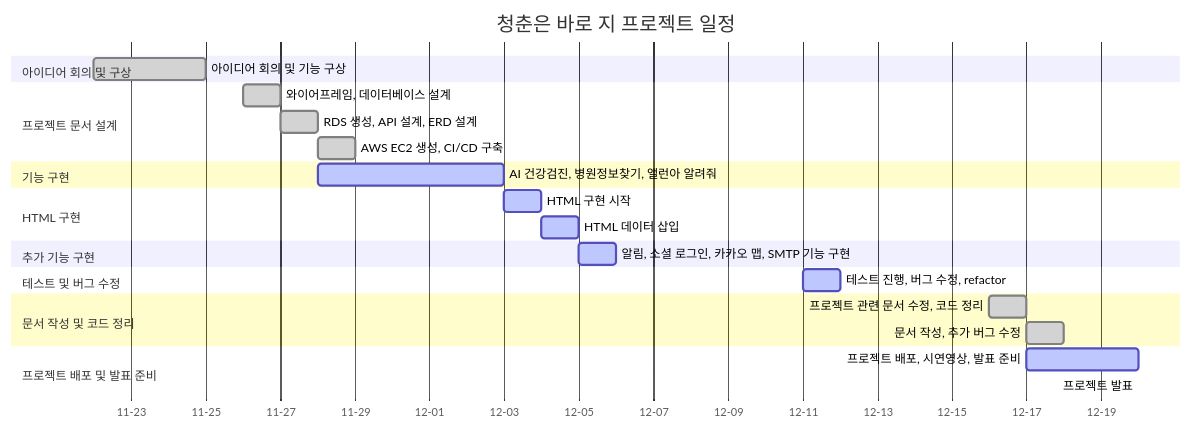
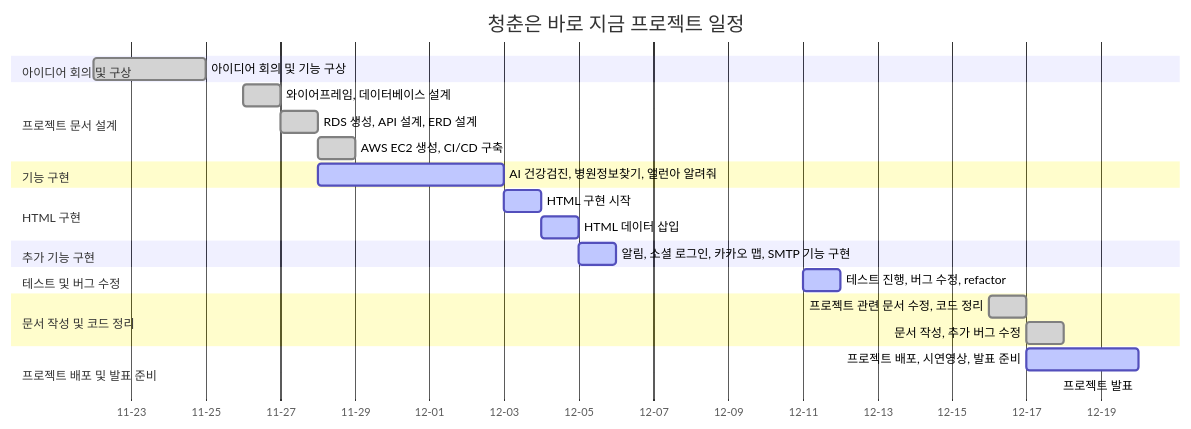
The first of 4 diagrams in README.md (Estsoft-Udon/ClassicJeans), drawn with Mermaid before and after one commit. The commit also changed 1 other file, not shown here.

Commit message:
docs: 오타 수정 및 시스템 아키텍처 구성도 수정

````diff
--- a/README.md
+++ b/README.md
@@ -31,35 +31,35 @@
 ```mermaid
 gantt
-    title 청춘은 바로 지 프로젝트 일정 
+    title 청춘은 바로 지금 프로젝트 일정 
     dateFormat  YYYY-MM-DD
     axisFormat  %m-%d
 
     section 아이디어 회의 및 구상
     아이디어 회의 및 기능 구상 :done, 2024-11-22, 2024-11-25
 
     section 프로젝트 문서 설계
     와이어프레임, 데이터베이스 설계 :done, 2024-11-26, 2024-11-27
     RDS 생성, API 설계, ERD 설계 :done, 2024-11-27, 2024-11-28
     AWS EC2 생성, CI/CD 구축 :done, 2024-11-28, 2024-11-29
 
     section 기능 구현
     AI 건강검진, 병원정보찾기, 앨런아 알려줘 :active, 2024-11-28, 2024-12-03
 
     section HTML 구현
     HTML 구현 시작 :active, 2024-12-03, 2024-12-04
     HTML 데이터 삽입 :active, 2024-12-04, 2024-12-05
 
     section 추가 기능 구현 
     알림, 소셜 로그인, 카카오 맵, SMTP 기능 구현 :active, 2024-12-05, 2024-12-06
     
     section 테스트 및 버그 수정
     테스트 진행, 버그 수정, refactor :active, 2024-12-11, 2024-12-12
     
     section 문서 작성 및 코드 정리
     프로젝트 관련 문서 수정, 코드 정리 :done, 2024-12-16, 2024-12-17
     문서 작성, 추가 버그 수정 :done, 2024-12-17, 2024-12-18
 
     section 프로젝트 배포 및 발표 준비
     프로젝트 배포, 시연영상, 발표 준비 :active, 2024-12-17, 2024-12-20
     프로젝트 발표 :active, 2024-12-20, 2024-12-20
 ```
````
